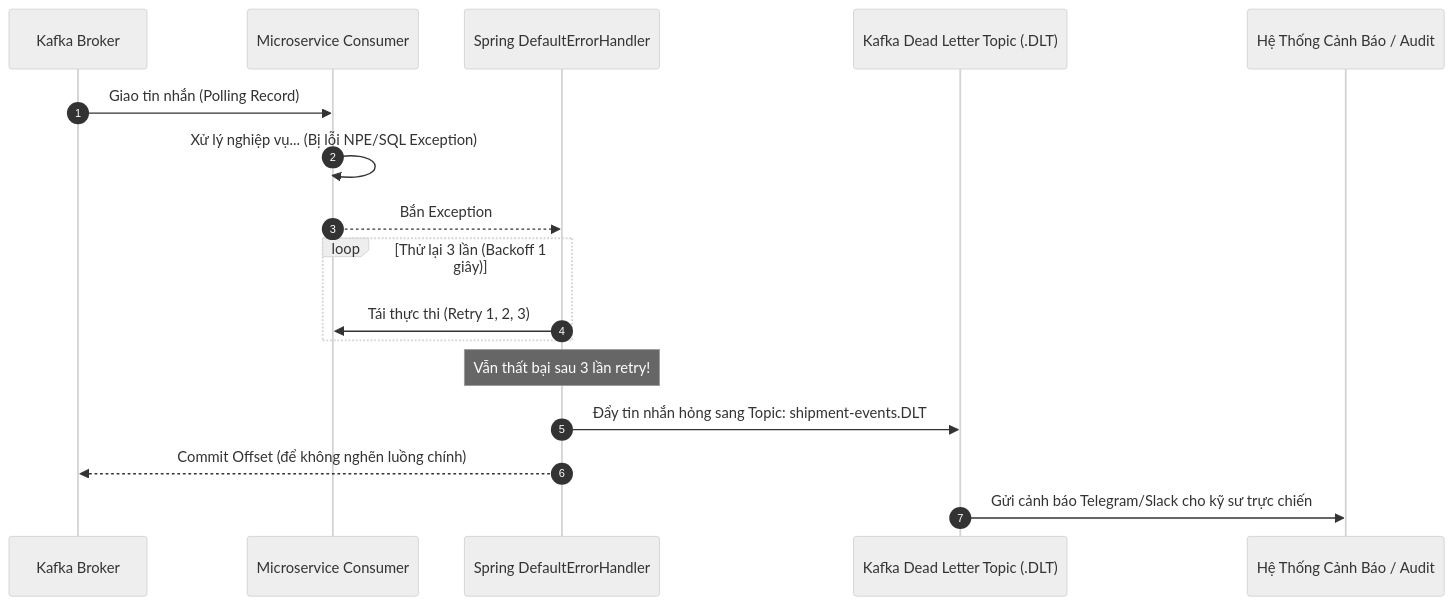
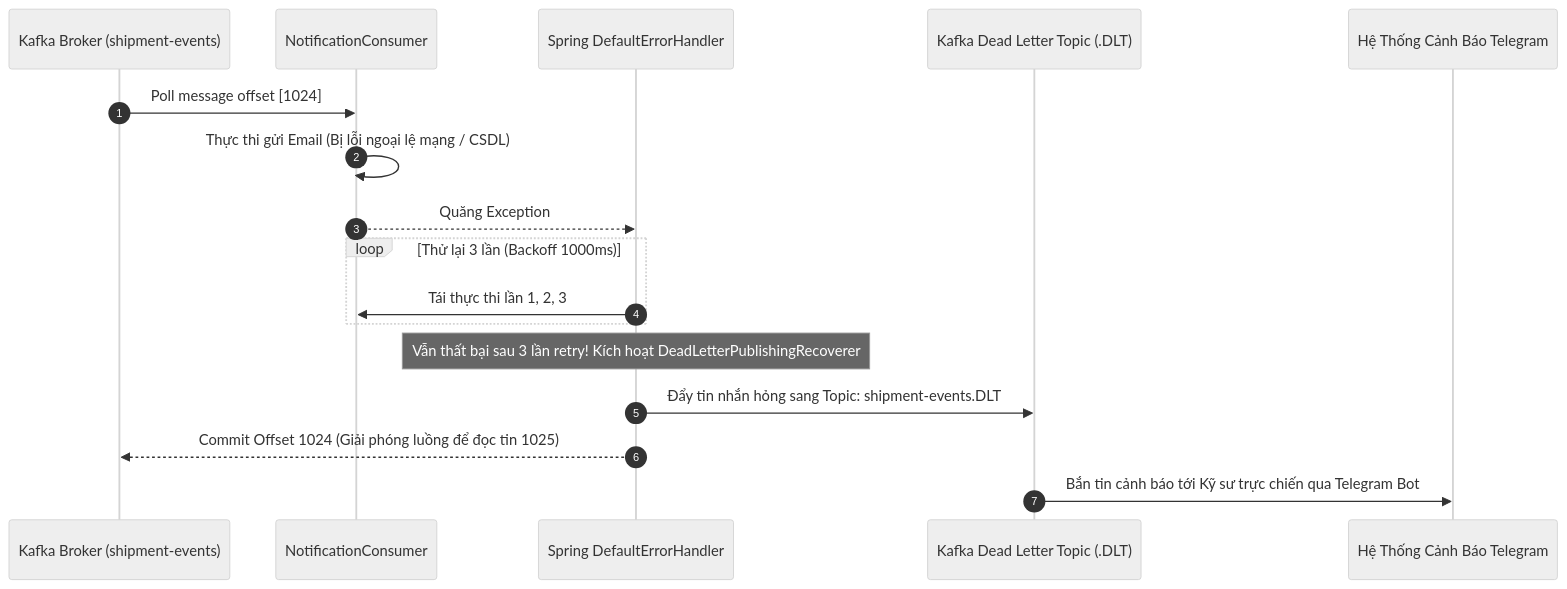
Before and after one commit to Khanhnv26/Mini-Waybill-Platform---VNPT-Cloud: the second of 2 diagrams in docs/03-kafka-kraft-cluster-and-event-streaming.md, drawn with Mermaid (neutral theme). The commit also changed other lines of this file and 8 other files, not shown here.

````diff
--- a/docs/03-kafka-kraft-cluster-and-event-streaming.md
+++ b/docs/03-kafka-kraft-cluster-and-event-streaming.md
@@ -65,22 +269,22 @@
 ```mermaid
 sequenceDiagram
     autonumber
-    participant Broker as Kafka Broker
-    participant Consumer as Microservice Consumer
-    participant RetryHandler as Spring DefaultErrorHandler
+    participant Broker as Kafka Broker (shipment-events)
+    participant Consumer as NotificationConsumer
+    participant ErrorHandler as Spring DefaultErrorHandler
     participant DLT as Kafka Dead Letter Topic (.DLT)
-    participant Alert as Hệ Thống Cảnh Báo / Audit
+    participant Alert as Hệ Thống Cảnh Báo Telegram
 
-    Broker->>Consumer: Giao tin nhắn (Polling Record)
-    Consumer->>Consumer: Xử lý nghiệp vụ... (Bị lỗi NPE/SQL Exception)
-    Consumer-->>RetryHandler: Bắn Exception
+    Broker->>Consumer: Poll message offset [1024]
+    Consumer->>Consumer: Thực thi gửi Email (Bị lỗi ngoại lệ mạng / CSDL)
+    Consumer-->>ErrorHandler: Quăng Exception
     
-    loop Thử lại 3 lần (Backoff 1 giây)
-        RetryHandler->>Consumer: Tái thực thi (Retry 1, 2, 3)
+    loop Thử lại 3 lần (Backoff 1000ms)
+        ErrorHandler->>Consumer: Tái thực thi lần 1, 2, 3
     end
     
-    Note over RetryHandler: Vẫn thất bại sau 3 lần retry!
-    RetryHandler->>DLT: Đẩy tin nhắn hỏng sang Topic: shipment-events.DLT
-    RetryHandler-->>Broker: Commit Offset (để không nghẽn luồng chính)
-    DLT->>Alert: Gửi cảnh báo Telegram/Slack cho kỹ sư trực chiến
+    Note over ErrorHandler: Vẫn thất bại sau 3 lần retry! Kích hoạt DeadLetterPublishingRecoverer
+    ErrorHandler->>DLT: Đẩy tin nhắn hỏng sang Topic: shipment-events.DLT
+    ErrorHandler-->>Broker: Commit Offset 1024 (Giải phóng luồng để đọc tin 1025)
+    DLT->>Alert: Bắn tin cảnh báo tới Kỹ sư trực chiến qua Telegram Bot
 ```
````
